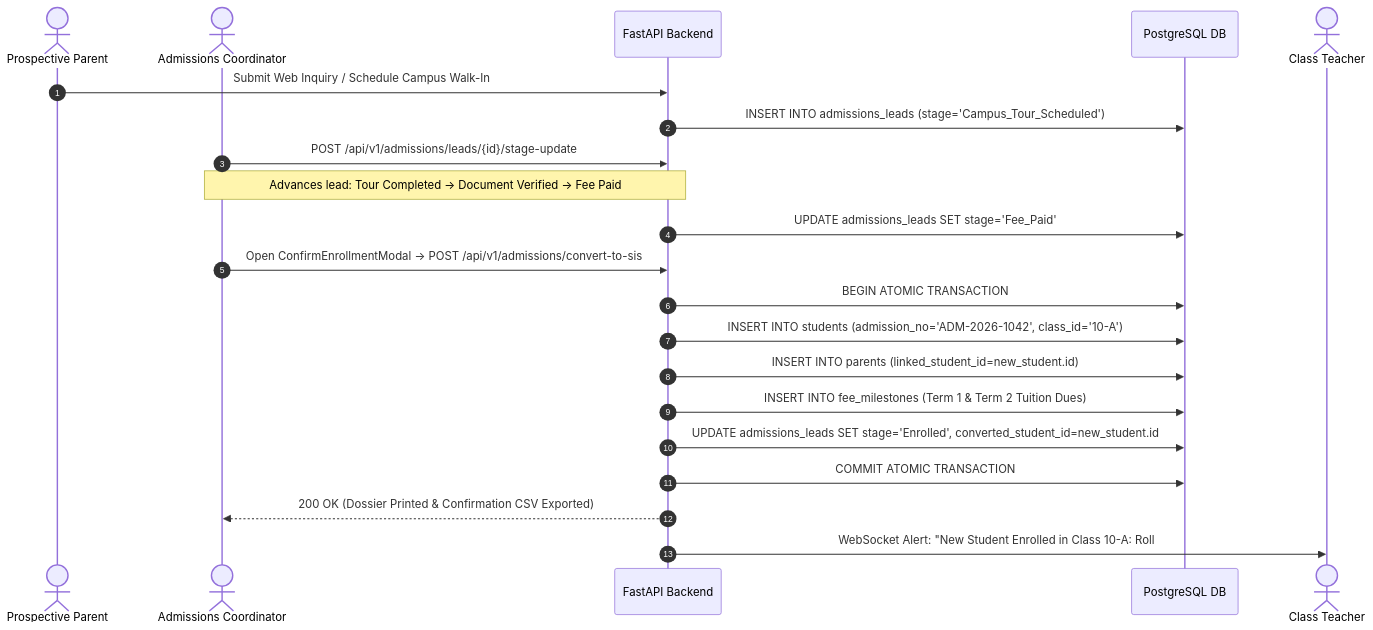
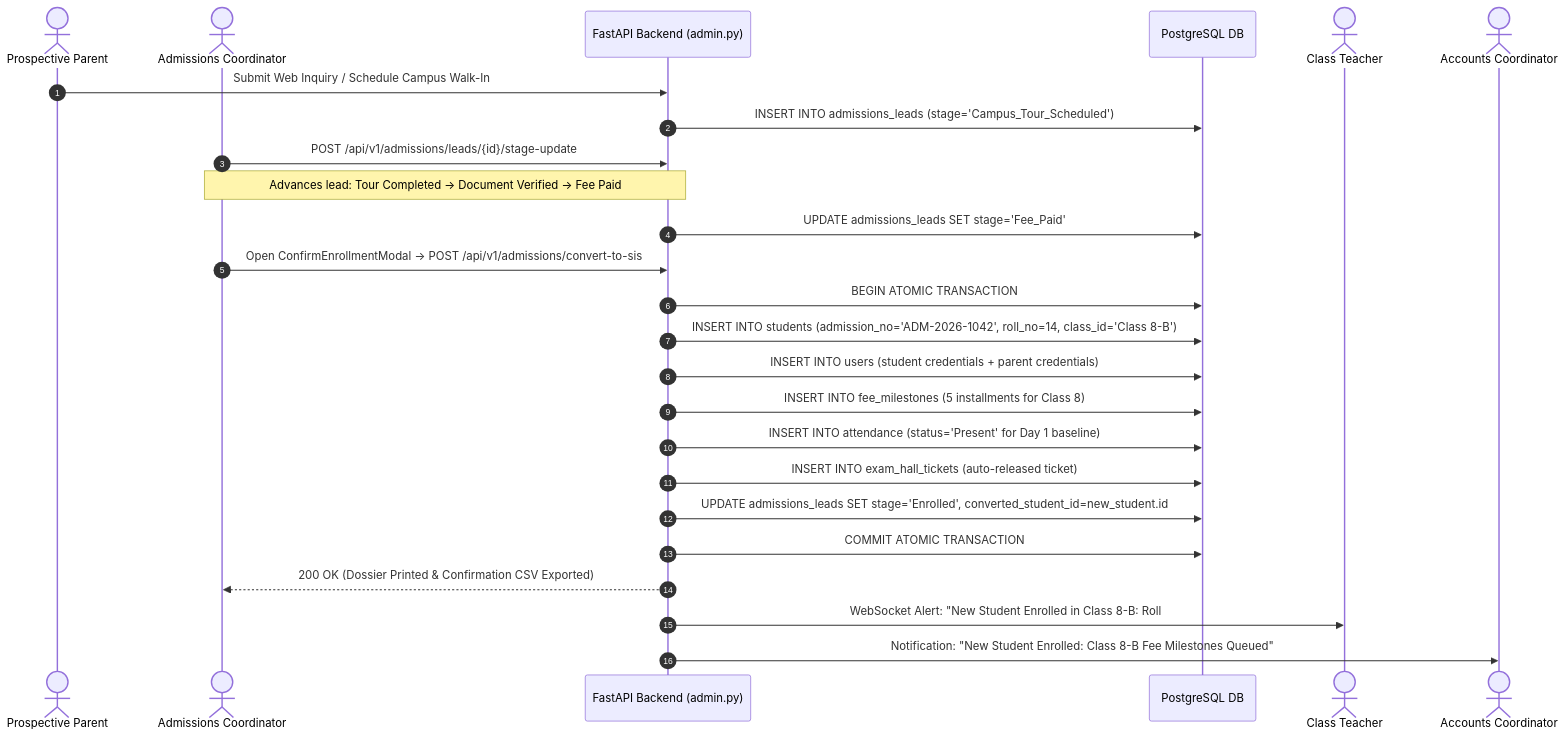
Before and after one commit to DiradzProducts/EDU360: diagram 14 of 19 in docs/architecture/ROLE_WISE_ARCHITECTURE_AND_WORKFLOWS.md, drawn with Mermaid. The commit also changed other lines of this file and 67 other files, not shown here.

````diff
--- a/docs/architecture/ROLE_WISE_ARCHITECTURE_AND_WORKFLOWS.md
+++ b/docs/architecture/ROLE_WISE_ARCHITECTURE_AND_WORKFLOWS.md
@@ -577,24 +611,28 @@
 ```mermaid
 sequenceDiagram
     autonumber
     actor ParentLead as Prospective Parent
     actor AdmCoord as Admissions Coordinator
-    participant API as FastAPI Backend
+    participant API as FastAPI Backend (admin.py)
     participant DB as PostgreSQL DB
     actor Teacher as Class Teacher
+    actor Accounts as Accounts Coordinator
 
     ParentLead->>API: Submit Web Inquiry / Schedule Campus Walk-In
     API->>DB: INSERT INTO admissions_leads (stage='Campus_Tour_Scheduled')
     AdmCoord->>API: POST /api/v1/admissions/leads/{id}/stage-update
     Note over AdmCoord,API: Advances lead: Tour Completed -> Document Verified -> Fee Paid
     API->>DB: UPDATE admissions_leads SET stage='Fee_Paid'
     AdmCoord->>API: Open ConfirmEnrollmentModal -> POST /api/v1/admissions/convert-to-sis
     API->>DB: BEGIN ATOMIC TRANSACTION
-    API->>DB: INSERT INTO students (admission_no='ADM-2026-1042', class_id='10-A')
-    API->>DB: INSERT INTO parents (linked_student_id=new_student.id)
-    API->>DB: INSERT INTO fee_milestones (Term 1 & Term 2 Tuition Dues)
+    API->>DB: INSERT INTO students (admission_no='ADM-2026-1042', roll_no=14, class_id='Class 8-B')
+    API->>DB: INSERT INTO users (student credentials + parent credentials)
+    API->>DB: INSERT INTO fee_milestones (5 installments for Class 8)
+    API->>DB: INSERT INTO attendance (status='Present' for Day 1 baseline)
+    API->>DB: INSERT INTO exam_hall_tickets (auto-released ticket)
     API->>DB: UPDATE admissions_leads SET stage='Enrolled', converted_student_id=new_student.id
     API->>DB: COMMIT ATOMIC TRANSACTION
     API-->>AdmCoord: 200 OK (Dossier Printed & Confirmation CSV Exported)
-    API->>Teacher: WebSocket Alert: "New Student Enrolled in Class 10-A: Roll #42"
+    API->>Teacher: WebSocket Alert: "New Student Enrolled in Class 8-B: Roll #14"
+    API->>Accounts: Notification: "New Student Enrolled: Class 8-B Fee Milestones Queued"
 ```
````
